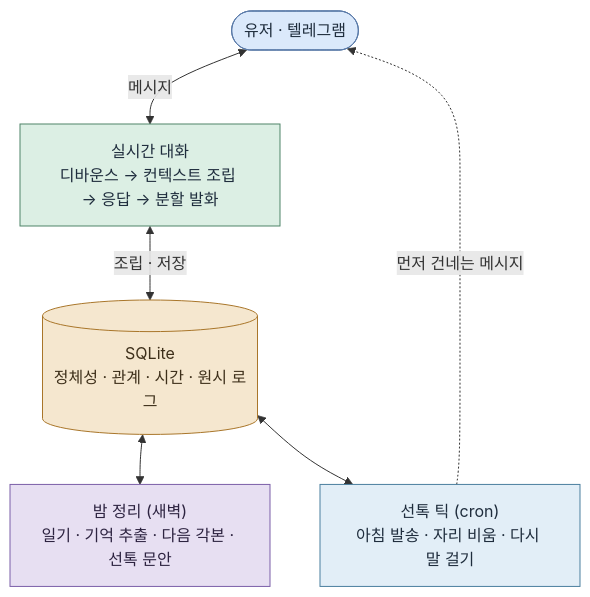
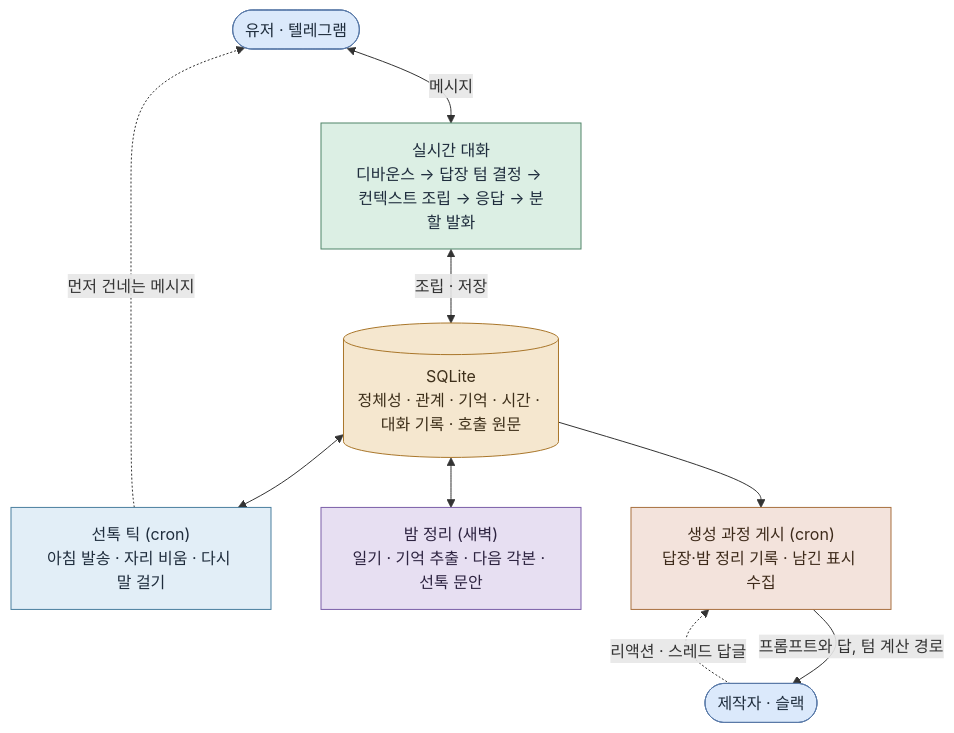
The diagram in README.md (hyewon3938/random-ai-companion), drawn with Mermaid before and after one commit. The commit also changed other lines of this file, not shown here.

````diff
--- a/README.md
+++ b/README.md
@@ -168,18 +182,25 @@
 ```mermaid
 graph TB
     U(["유저 · 텔레그램"])
-    BOT["실시간 대화<br/>디바운스 → 컨텍스트 조립 → 응답 → 분할 발화"]
-    MEM[("SQLite<br/>정체성 · 관계 · 시간 · 원시 로그")]
+    BOT["실시간 대화<br/>디바운스 → 답장 텀 결정 → 컨텍스트 조립 → 응답 → 분할 발화"]
+    MEM[("SQLite<br/>정체성 · 관계 · 기억 · 시간 · 대화 기록 · 호출 원문")]
     TICK["선톡 틱 (cron)<br/>아침 발송 · 자리 비움 · 다시 말 걸기"]
     BATCH["밤 정리 (새벽)<br/>일기 · 기억 추출 · 다음 각본 · 선톡 문안"]
+    OBS["생성 과정 게시 (cron)<br/>답장·밤 정리 기록 · 남긴 표시 수집"]
+    DEV(["제작자 · 슬랙"])
     U <-->|메시지| BOT
     BOT <-->|조립 · 저장| MEM
     MEM <--> BATCH
     MEM <--> TICK
     TICK -.->|먼저 건네는 메시지| U
+    MEM --> OBS
+    OBS -->|프롬프트와 답, 텀 계산 경로| DEV
+    DEV -.->|리액션 · 스레드 답글| OBS
     style U fill:#dbe9fb,stroke:#5a7aa8,color:#1f2d3d
     style BOT fill:#dcefe4,stroke:#4f8468,color:#1f2d3d
     style MEM fill:#f5e7cf,stroke:#a9762a,color:#3d2f1a
     style TICK fill:#e2eef7,stroke:#4a7f9e,color:#1f2d3d
     style BATCH fill:#e7dff2,stroke:#7b5ea8,color:#2d2340
+    style OBS fill:#f3e3dc,stroke:#a8703f,color:#3d2a1a
+    style DEV fill:#dbe9fb,stroke:#5a7aa8,color:#1f2d3d
 ```
````
